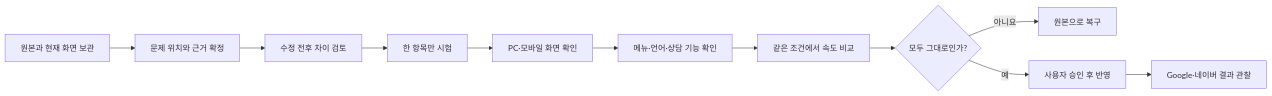
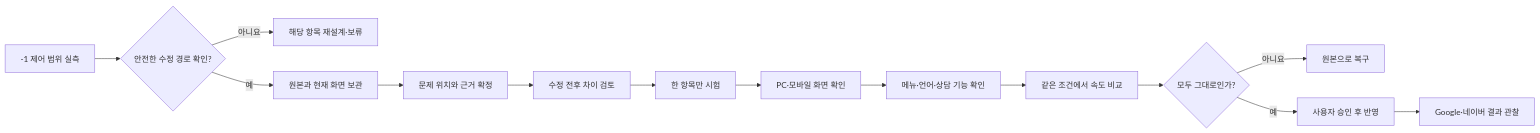
One commit to byeonghoyoo/beautyblossom-seo-aeo changed the second of 4 diagrams in docs/00-PROJECT-BRIEF-KO.md. Above: the diagram before and after it, drawn with Mermaid. The commit also changed other lines of this file and 15 other files, not shown here.

````diff
--- a/docs/00-PROJECT-BRIEF-KO.md
+++ b/docs/00-PROJECT-BRIEF-KO.md
@@ -74,13 +82,16 @@
 ```mermaid
 flowchart LR
-    A[원본과 현재 화면 보관] --> B[문제 위치와 근거 확정]
+    P[-1 제어 범위 실측] --> Q{안전한 수정 경로 확인?}
+    Q -- 아니요 --> R[해당 항목 재설계·보류]
+    Q -- 예 --> A[원본과 현재 화면 보관]
+    A --> B[문제 위치와 근거 확정]
     B --> C[수정 전후 차이 검토]
     C --> D[한 항목만 시험]
     D --> E[PC·모바일 화면 확인]
     E --> F[메뉴·언어·상담 기능 확인]
     F --> G[같은 조건에서 속도 비교]
     G --> H{모두 그대로인가?}
     H -- 아니요 --> I[원본으로 복구]
     H -- 예 --> J[사용자 승인 후 반영]
     J --> K[Google·네이버 결과 관찰]
 ```
````
